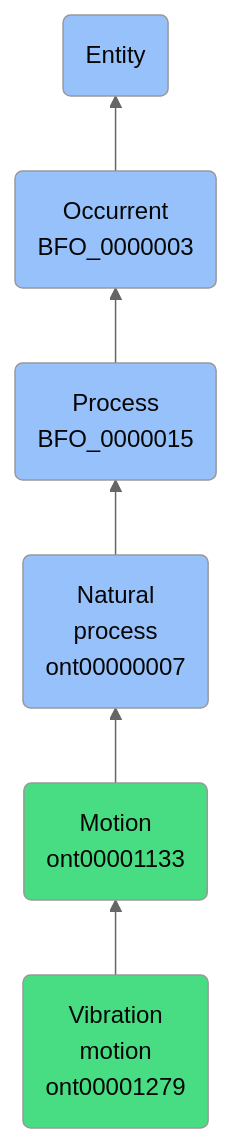
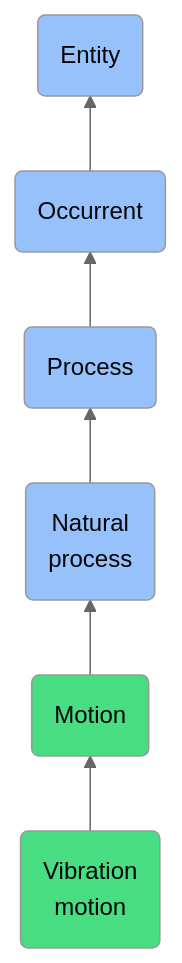
The diagram in docs/ontology/reference/model/Entity/Occurrent/Process/Natural process/Motion/Vibration motion/Vibration motion.md (jupyter-naas/abi), drawn with Mermaid (neutral theme) before and after one commit. The commit also changed other lines of this file and 1430 other files, not shown here.

````diff
--- a/docs/ontology/reference/model/Entity/Occurrent/Process/Natural process/Motion/Vibration motion/Vibration motion.md
+++ b/docs/ontology/reference/model/Entity/Occurrent/Process/Natural process/Motion/Vibration motion/Vibration motion.md
@@ -26,13 +26,13 @@
 ```mermaid
 graph BT
-    ont00001279(Vibration<br>motion<br>ont00001279):::ABI-->ont00001133
-    ont00001133(Motion<br>ont00001133):::ABI-->ont00000007
-    ont00000007(Natural<br>process<br>ont00000007):::BFO-->BFO_0000015
-    BFO_0000015(Process<br>BFO_0000015):::BFO-->BFO_0000003
-    BFO_0000003(Occurrent<br>BFO_0000003):::BFO-->BFO_0000001
+    ont00001279(Vibration<br>motion):::ABI-->ont00001133
+    ont00001133(Motion):::ABI-->ont00000007
+    ont00000007(Natural<br>process):::BFO-->BFO_0000015
+    BFO_0000015(Process):::BFO-->BFO_0000003
+    BFO_0000003(Occurrent):::BFO-->BFO_0000001
     BFO_0000001(Entity):::BFO
     
     classDef BFO fill:#97c1fb,color:#060606
     classDef CCO fill:#e4c51e,color:#060606
     classDef ABI fill:#48DD82,color:#060606
 ```
````
